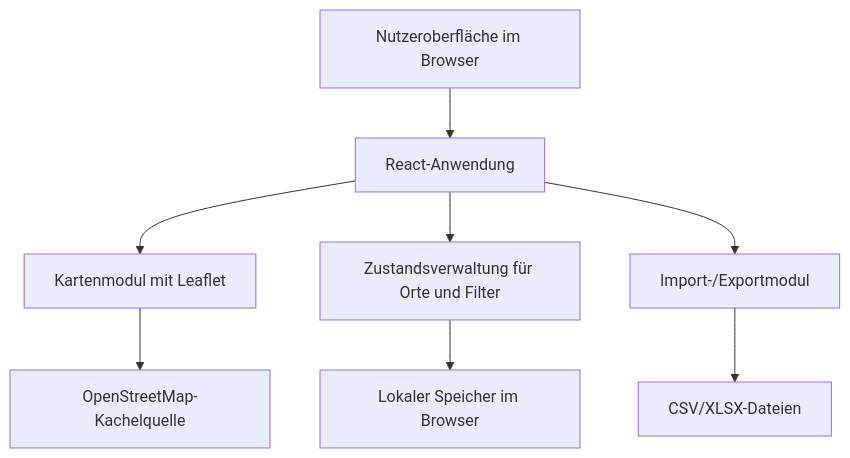
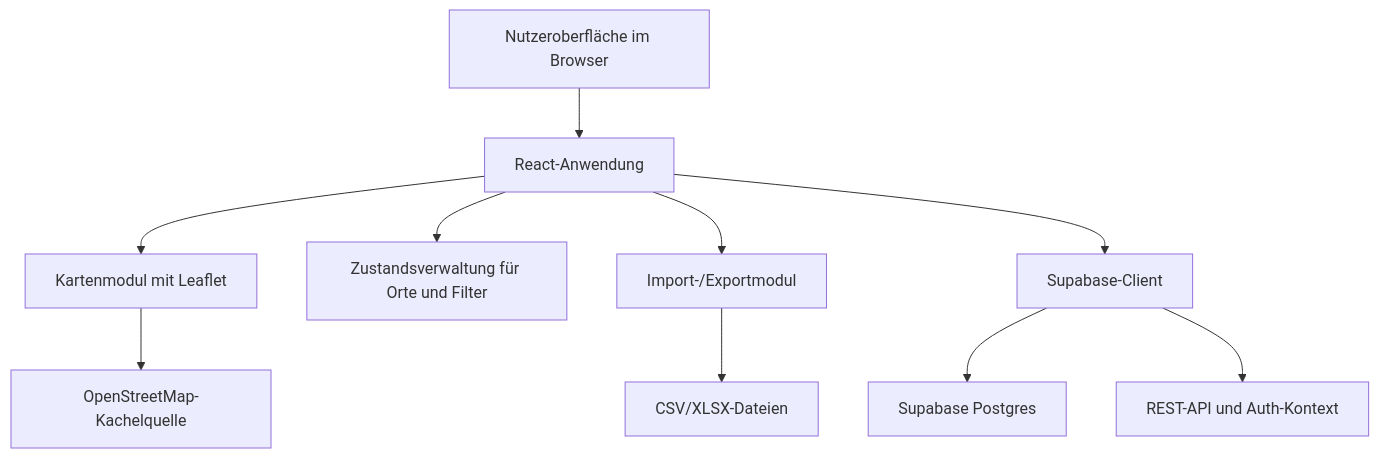
One commit to KatKat71/prefix-re-map changed the first of 2 diagrams in .trae/documents/technische-architektur-italien-verbkarte.md. Above: the diagram before and after it, drawn with Mermaid. The commit also changed other lines of this file and 5 other files, not shown here.

````diff
--- a/.trae/documents/technische-architektur-italien-verbkarte.md
+++ b/.trae/documents/technische-architektur-italien-verbkarte.md
@@ -2,10 +2,12 @@
 ```mermaid
 flowchart TD
     A["Nutzeroberfläche im Browser"] --> B["React-Anwendung"]
     B --> C["Kartenmodul mit Leaflet"]
     B --> D["Zustandsverwaltung für Orte und Filter"]
     B --> E["Import-/Exportmodul"]
-    D --> F["Lokaler Speicher im Browser"]
-    E --> G["CSV/XLSX-Dateien"]
-    C --> H["OpenStreetMap-Kachelquelle"]
+    B --> F["Supabase-Client"]
+    F --> G["Supabase Postgres"]
+    F --> H["REST-API und Auth-Kontext"]
+    E --> I["CSV/XLSX-Dateien"]
+    C --> J["OpenStreetMap-Kachelquelle"]
 ```
````
